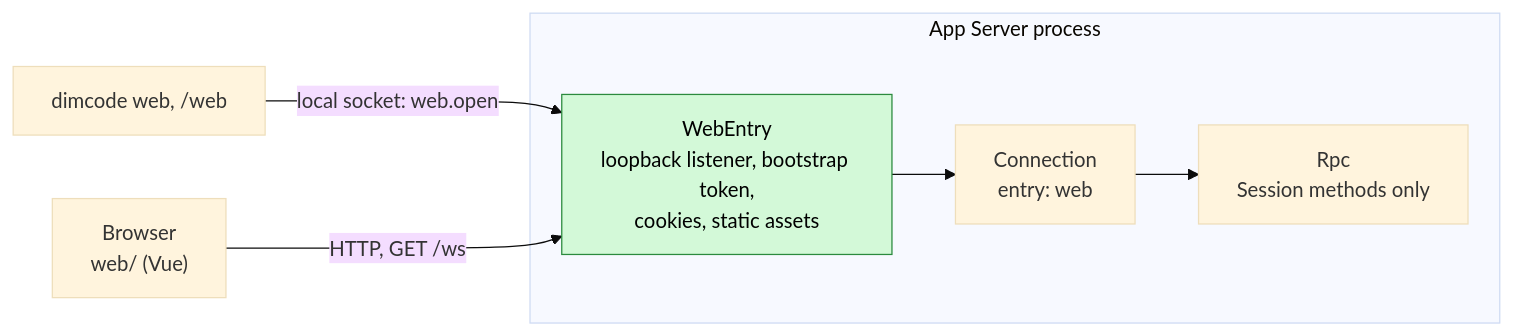
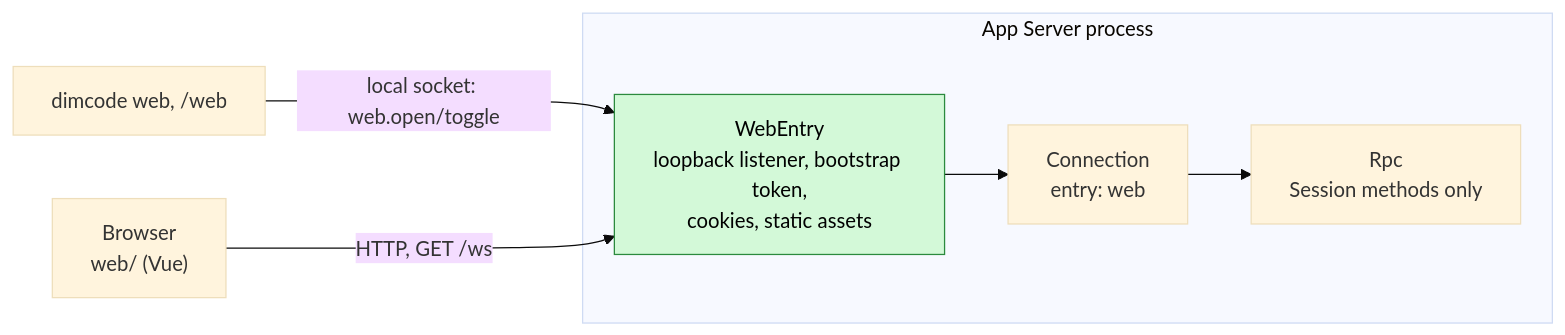
The diagram in docs/design/web-workspace.md (CoutinhoTTS/dim-agent), drawn with Mermaid (base theme) before and after one commit. The commit also changed other lines of this file and 30 other files, not shown here.

````diff
--- a/docs/design/web-workspace.md
+++ b/docs/design/web-workspace.md
@@ -9,12 +9,12 @@
 ```mermaid
 flowchart LR
-  CLI["dimcode web, /web"] -->|"local socket: web.open"| WE
+  CLI["dimcode web, /web"] -->|"local socket: web.open/toggle"| WE
   subgraph P["App Server process"]
     WE["WebEntry<br/>loopback listener, bootstrap token,<br/>cookies, static assets"]:::new
     CONN["Connection<br/>entry: web"]
     RPC["Rpc<br/>Session methods only"]
   end
   B["Browser<br/>web/ (Vue)"] -->|"HTTP, GET /ws"| WE
   WE --> CONN --> RPC
   classDef new fill:#d3f9d8,stroke:#2b8a3e,color:#000
 ```
````
